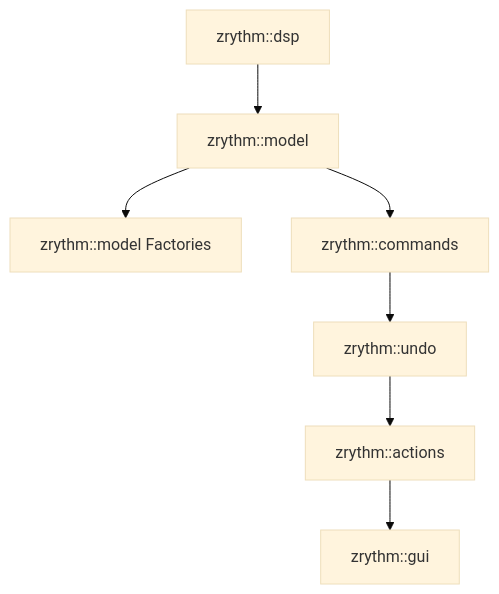
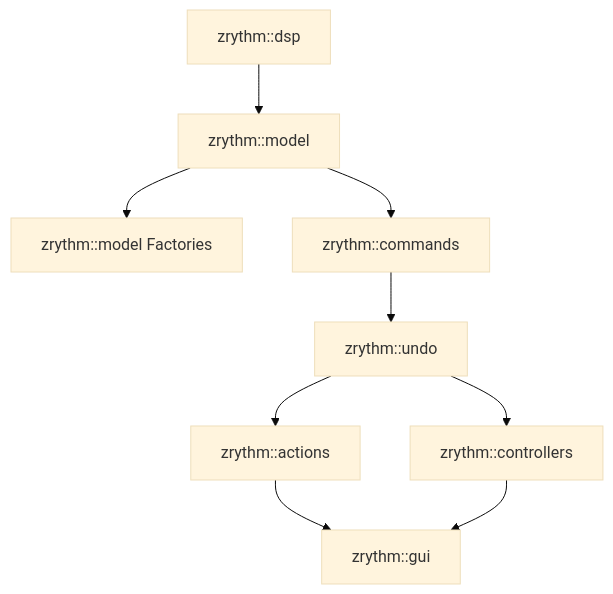
Before and after one commit to zrythm/zrythm: the first of 3 diagrams in doc/dev/undo_system.md, drawn with Mermaid (base theme). The commit also changed other lines of this file and 14 other files, not shown here.

````diff
--- a/doc/dev/undo_system.md
+++ b/doc/dev/undo_system.md
@@ -24,9 +25,11 @@
 ```mermaid
 graph TD
     dsp[zrythm::dsp] --> model[zrythm::model]
     model --> factories[zrythm::model Factories]
     model --> commands[zrythm::commands]
     commands --> undo[zrythm::undo]
     undo --> actions[zrythm::actions]
+    undo --> controllers[zrythm::controllers]
     actions --> gui[zrythm::gui]
+    controllers --> gui
 ```
````
